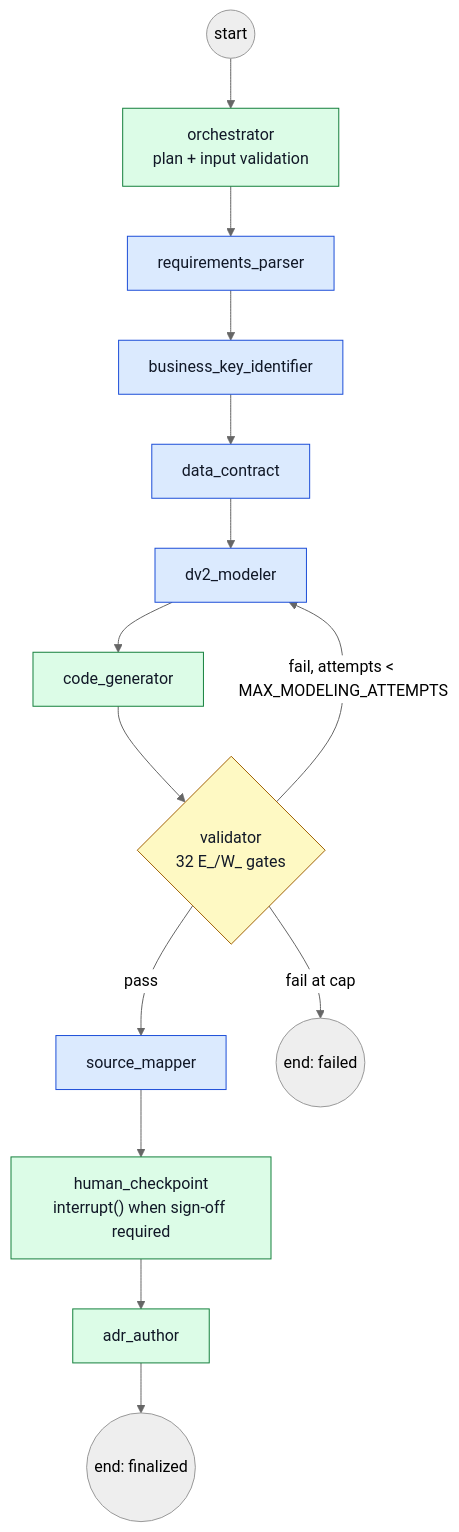
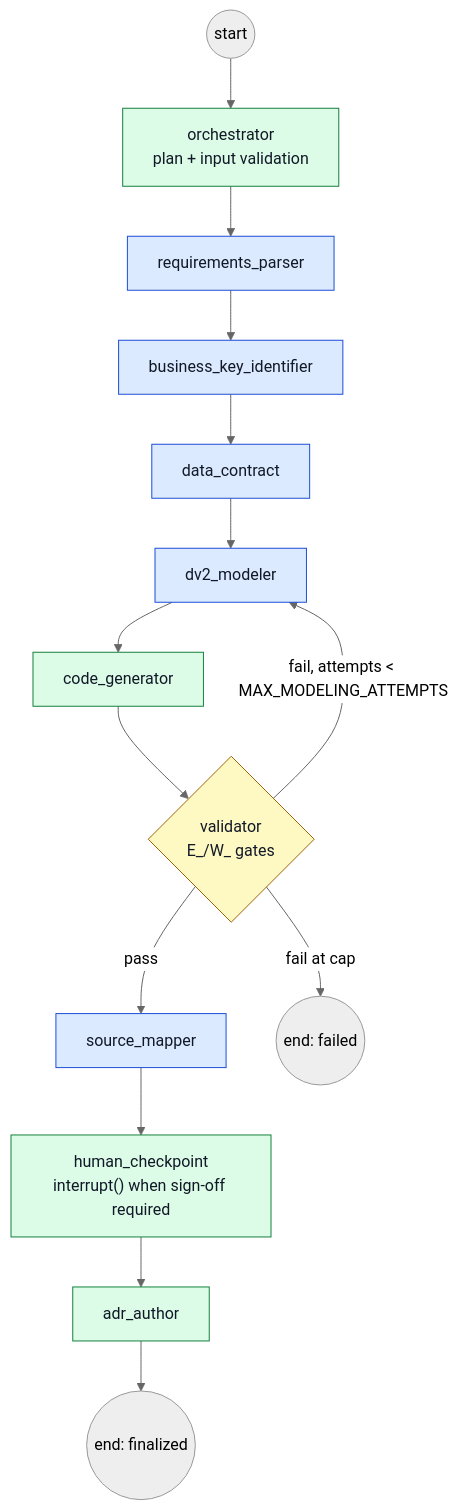
One commit to mischa76/vault-agent changed the second of 2 diagrams in docs/operations/03-architecture.md. Above: the diagram before and after it, drawn with Mermaid (neutral theme). The commit also changed 4 other files, not shown here.

````diff
--- a/docs/operations/03-architecture.md
+++ b/docs/operations/03-architecture.md
@@ -68,20 +68,20 @@
 ```mermaid
 flowchart TB
     classDef llm fill:#dbeafe,stroke:#1d4ed8,color:#111827
     classDef det fill:#dcfce7,stroke:#15803d,color:#111827
     classDef gate fill:#fef9c3,stroke:#a16207,color:#111827
 
     START(("start")) --> ORCH["orchestrator<br/>plan + input validation"]:::det
     ORCH --> RP["requirements_parser"]:::llm
     RP --> BKI["business_key_identifier"]:::llm
     BKI --> DC["data_contract"]:::llm
     DC --> MOD["dv2_modeler"]:::llm
     MOD --> CG["code_generator"]:::det
-    CG --> VAL{"validator<br/>32 E_/W_ gates"}:::gate
+    CG --> VAL{"validator<br/>E_/W_ gates"}:::gate
     VAL --"pass"--> SM["source_mapper"]:::llm
     VAL --"fail, attempts < MAX_MODELING_ATTEMPTS"--> MOD
     VAL --"fail at cap"--> ENDF(("end: failed"))
     SM --> HC["human_checkpoint<br/>interrupt() when sign-off required"]:::det
     HC --> ADR["adr_author"]:::det
     ADR --> ENDOK(("end: finalized"))
 ```
````
